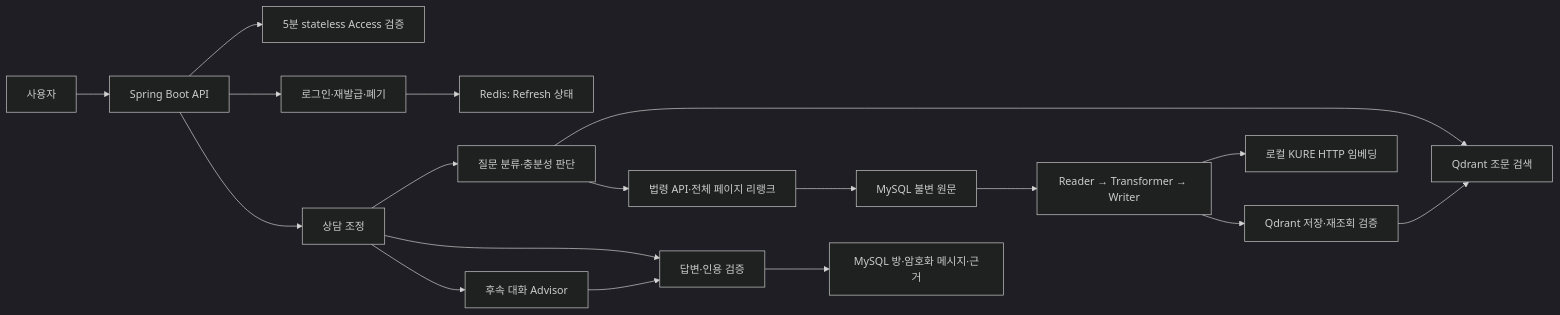
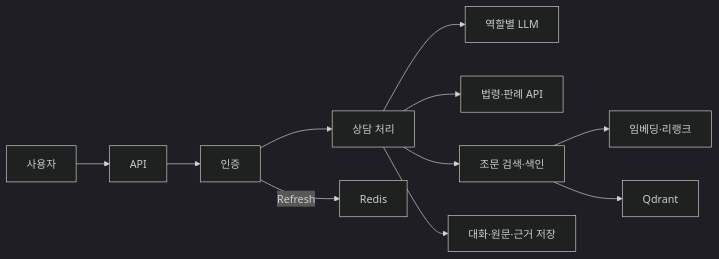
Before and after one commit to ranpia/MoleLaw_backend: the diagram in README.md, drawn with Mermaid (dark theme). The commit also changed other lines of this file and 172 other files, not shown here.

````diff
--- a/README.md
+++ b/README.md
@@ -31,20 +37,13 @@
 ```mermaid
 flowchart LR
-    Client[사용자] --> API[Spring Boot API]
-    API --> Auth[5분 stateless Access 검증]
-    API --> Refresh[로그인·재발급·폐기]
-    Refresh --> Redis[Redis: Refresh 상태]
-    API --> Chat[상담 조정]
-    Chat --> Plan[질문 분류·충분성 판단]
-    Plan --> Search[Qdrant 조문 검색]
-    Plan --> Collect[법령 API·전체 페이지 리랭크]
-    Collect --> Source[MySQL 불변 원문]
-    Source --> ETL[Reader → Transformer → Writer]
-    ETL --> Embed[로컬 KURE HTTP 임베딩]
-    ETL --> Verify[Qdrant 저장·재조회 검증]
-    Verify --> Search
-    Chat --> Answer[답변·인용 검증]
-    Chat --> Advisor[후속 대화 Advisor]
-    Advisor --> Answer
-    Answer --> Store[MySQL 방·암호화 메시지·근거]
+    Client[사용자] --> API[API]
+    API --> Auth[인증]
+    Auth --> Chat[상담 처리]
+    Auth -->|Refresh| Redis[Redis]
+    Chat --> LLM[역할별 LLM]
+    Chat --> Tools[법령·판례 API]
+    Chat --> RAG[조문 검색·색인]
+    RAG --> KURE[임베딩·리랭크]
+    RAG --> Qdrant[Qdrant]
+    Chat --> MySQL[대화·원문·근거 저장]
 ```
````
